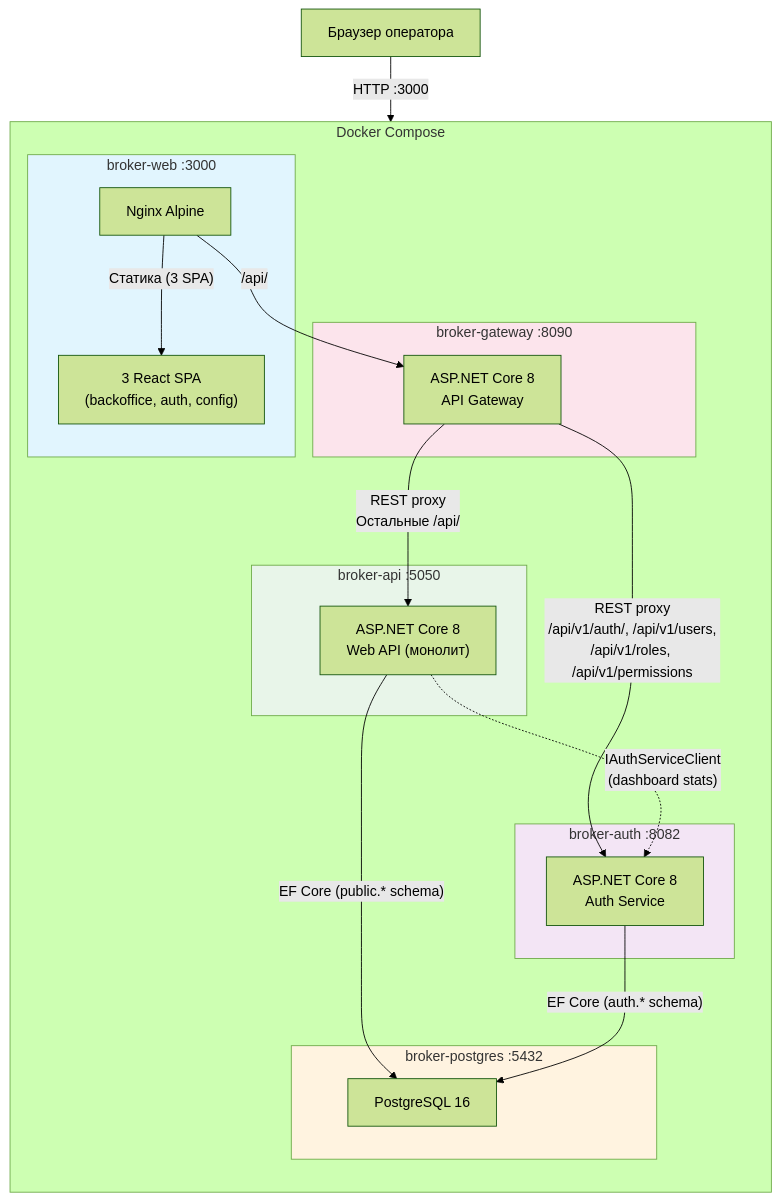
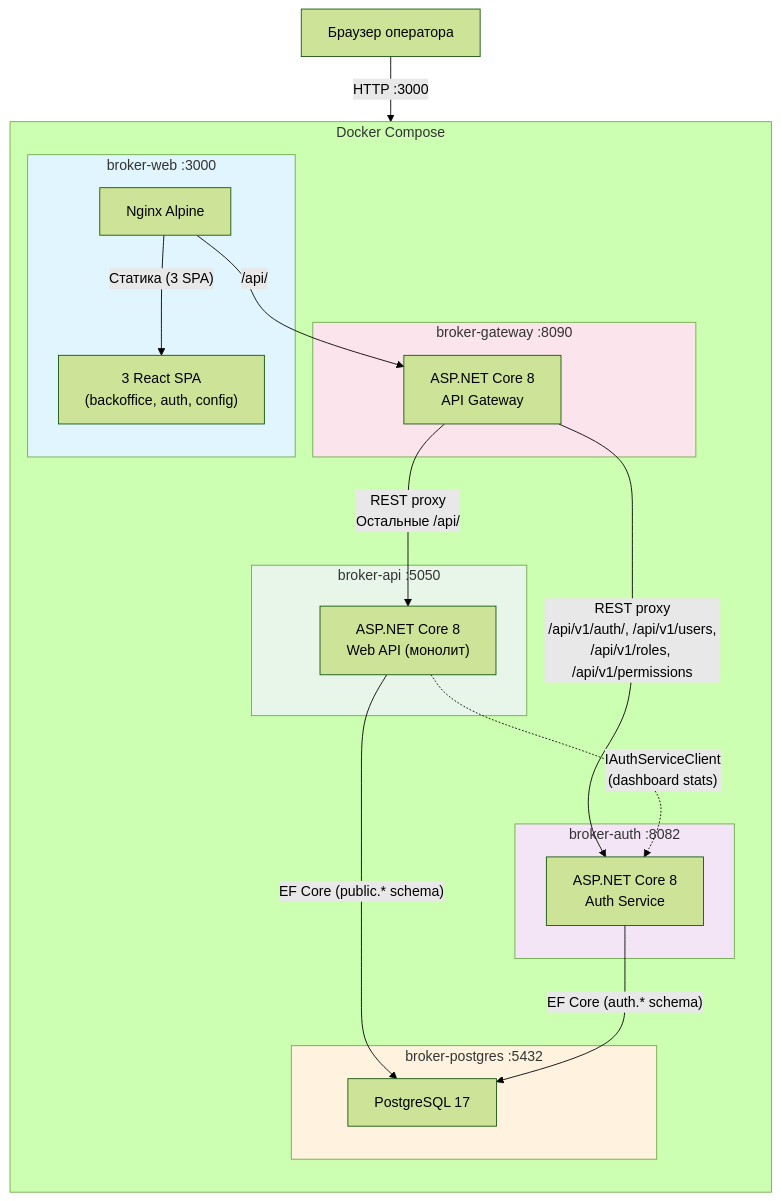
The second of 5 diagrams in docs/architecture/02-system-context.md (bebeleeloo/backoffice), drawn with Mermaid (forest theme) before and after one commit. The commit also changed 10 other files, not shown here.

First line of the commit message:
Upgrade PostgreSQL from 16 to 17

````diff
--- a/docs/architecture/02-system-context.md
+++ b/docs/architecture/02-system-context.md
@@ -21,42 +21,42 @@
 ```mermaid
 flowchart TB
     subgraph Docker["Docker Compose"]
         direction TB
 
         subgraph web["broker-web :3000"]
             nginx["Nginx Alpine"]
             spa["3 React SPA<br/>(backoffice, auth, config)"]
         end
 
         subgraph gw["broker-gateway :8090"]
             gateway["ASP.NET Core 8<br/>API Gateway"]
         end
 
         subgraph auth["broker-auth :8082"]
             authsvc["ASP.NET Core 8<br/>Auth Service"]
         end
 
         subgraph api["broker-api :5050"]
             dotnet["ASP.NET Core 8<br/>Web API (монолит)"]
         end
 
         subgraph db["broker-postgres :5432"]
-            postgres["PostgreSQL 16"]
+            postgres["PostgreSQL 17"]
         end
     end
 
     browser["Браузер оператора"] -->|"HTTP :3000"| nginx
     nginx -->|"Статика (3 SPA)"| spa
     nginx -->|"/api/"| gateway
     gateway -->|"REST proxy<br/>/api/v1/auth/, /api/v1/users,<br/>/api/v1/roles, /api/v1/permissions"| authsvc
     gateway -->|"REST proxy<br/>Остальные /api/"| dotnet
     dotnet -->|"EF Core (public.* schema)"| postgres
     authsvc -->|"EF Core (auth.* schema)"| postgres
     dotnet -.->|"IAuthServiceClient<br/>(dashboard stats)"| authsvc
 
     style web fill:#e1f5fe
     style gw fill:#fce4ec
     style auth fill:#f3e5f5
     style api fill:#e8f5e9
     style db fill:#fff3e0
 ```
````
